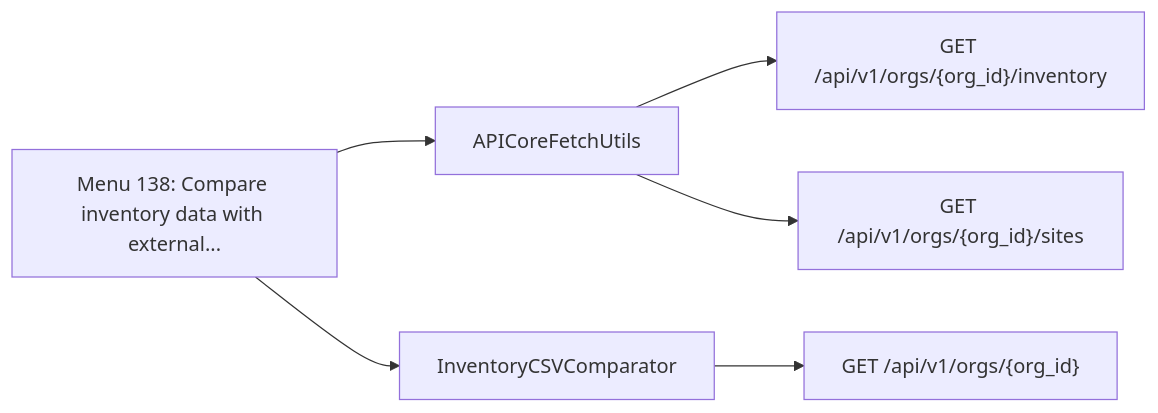
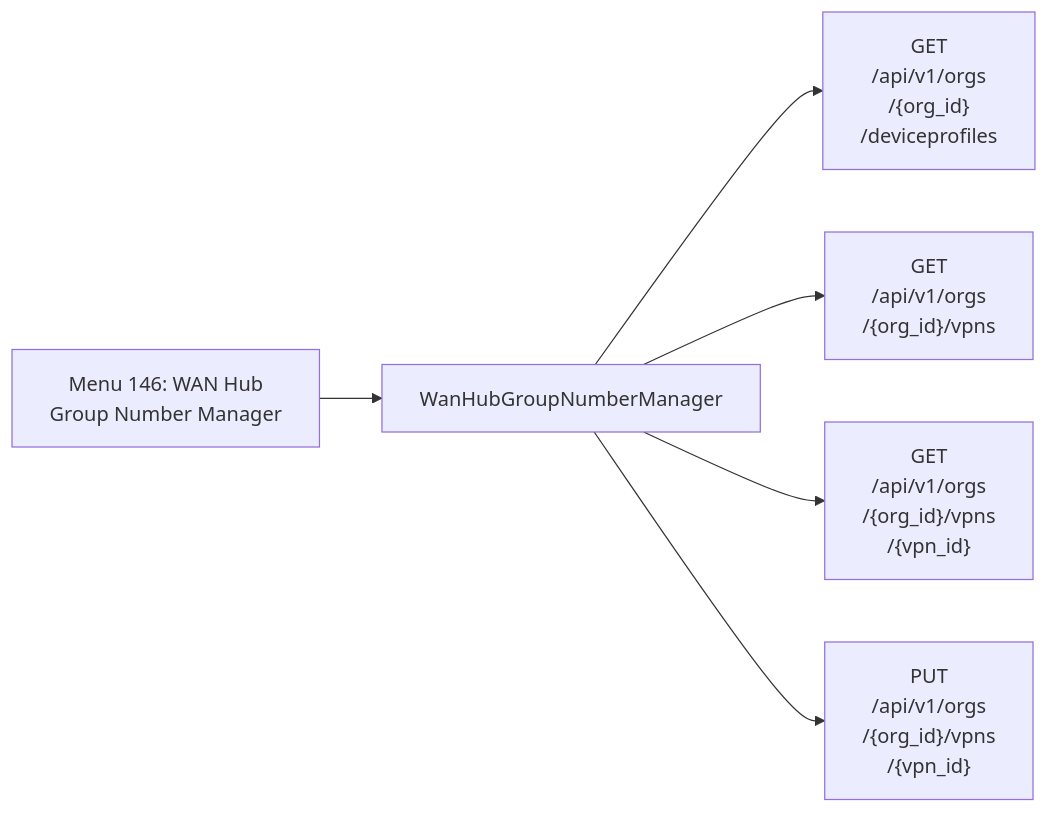
One commit to jmorrison-juniper/MistHelper changed diagram 14 of 18 in documentation/menu-api/interactive.md. Above: the diagram before and after it, drawn with Mermaid. The commit also changed other lines of this file and 19 other files, not shown here.

First line of the commit message:
docs(menu-api): fit the Mermaid diagrams to the wiki column (#3463)

````diff
--- a/documentation/menu-api/interactive.md
+++ b/documentation/menu-api/interactive.md
@@ -547,9 +542,9 @@
 ```mermaid
 flowchart LR
-    menu["Menu 138: Compare inventory data with external..."]
-    menu --> c1["APICoreFetchUtils"]
-    c1 --> e1["GET /api/v1/orgs/{org_id}/inventory"]
-    c1 --> e2["GET /api/v1/orgs/{org_id}/sites"]
-    menu --> c2["InventoryCSVComparator"]
-    c2 --> e3["GET /api/v1/orgs/{org_id}"]
+    menu["Menu 146: WAN Hub<br/>Group Number Manager"]
+    menu --> c1["WanHubGroupNumberManager"]
+    c1 --> e1["GET<br/>/api/v1/orgs<br/>/{org_id}<br/>/deviceprofiles"]
+    c1 --> e2["GET<br/>/api/v1/orgs<br/>/{org_id}/vpns"]
+    c1 --> e3["GET<br/>/api/v1/orgs<br/>/{org_id}/vpns<br/>/{vpn_id}"]
+    c1 --> e4["PUT<br/>/api/v1/orgs<br/>/{org_id}/vpns<br/>/{vpn_id}"]
 ```
````
